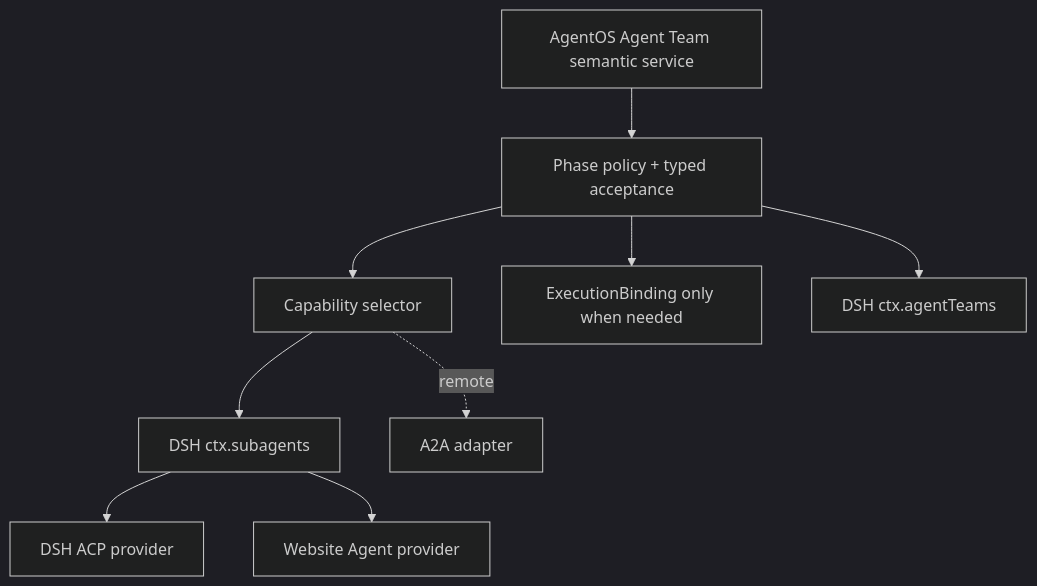
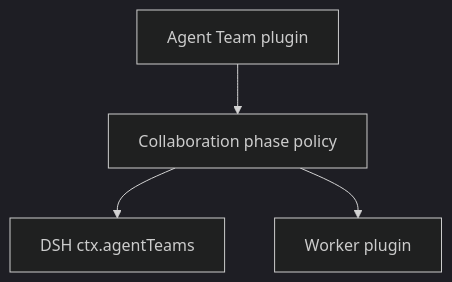
One commit to tsuuanmi/AgentOS changed the diagram in docs/architecture/plugins/agent-team/README.md. Above: the diagram before and after it, drawn with Mermaid (dark theme). The commit also changed other lines of this file, not shown here.

Commit message:
docs: make Agent Team depend on Worker plugin

```diff
--- a/docs/architecture/plugins/agent-team/README.md
+++ b/docs/architecture/plugins/agent-team/README.md
@@ -46,23 +56,11 @@
 ~~~mermaid
 flowchart TB
-    API[AgentOS Agent Team semantic service]
-    Phase[Phase policy + typed acceptance]
-    Select[Capability selector]
-    Binding[ExecutionBinding only when needed]
-
+    API[Agent Team plugin]
+    Phase[Collaboration phase policy]
     DSHAT[DSH ctx.agentTeams]
-    Sub[DSH ctx.subagents]
-    ACP[DSH ACP provider]
-    Website[Website Agent provider]
-    A2A[A2A adapter]
+    Worker[Worker plugin]
 
     API --> Phase
-    Phase --> Select
     Phase --> DSHAT
-    Phase --> Binding
-
-    Select --> Sub
-    Sub --> ACP
-    Sub --> Website
-    Select -. remote .-> A2A
+    Phase --> Worker
 ~~~
```
